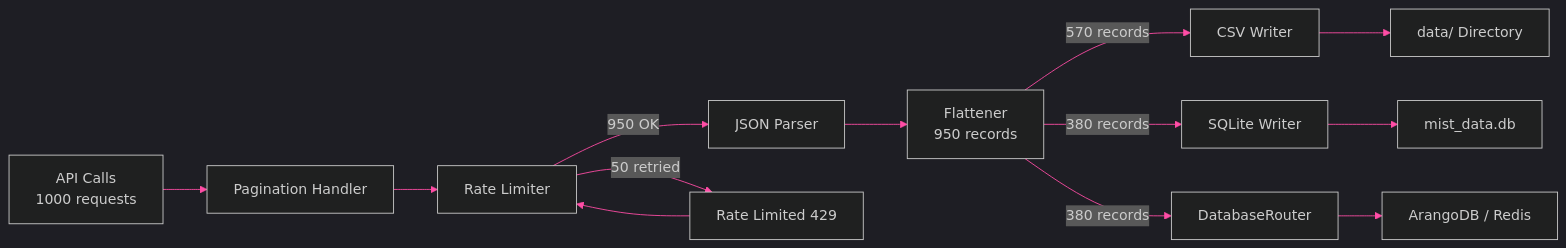
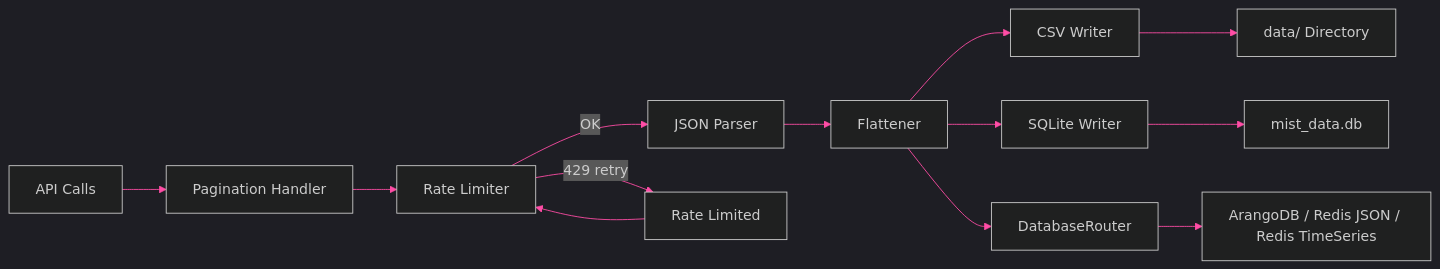
Before and after one commit to jmorrison-juniper/MistHelper: the fourth of 5 diagrams in documentation/diagrams/operations/metrics-and-analytics.md, drawn with Mermaid. The commit also changed other lines of this file and 110 other files, not shown here.

````diff
--- a/documentation/diagrams/operations/metrics-and-analytics.md
+++ b/documentation/diagrams/operations/metrics-and-analytics.md
@@ -118,24 +118,24 @@
 ```mermaid
 %%{init: {'theme': 'dark', 'themeVariables': {
   'primaryColor': '#E20074',
   'primaryTextColor': '#E0E0E0',
   'primaryBorderColor': '#99004D',
   'lineColor': '#FF4DA6',
   'secondaryColor': '#16213E',
   'tertiaryColor': '#1A1A2E',
   'fontFamily': 'ui-monospace, monospace'
 }}}%%
 flowchart LR
-    API["API Calls<br/>1000 requests"] --> PH["Pagination Handler"]
+    API["API Calls"] --> PH["Pagination Handler"]
     PH --> RL["Rate Limiter"]
-    RL -->|"950 OK"| JP["JSON Parser"]
-    RL -->|"50 retried"| R429["Rate Limited 429"]
+    RL -->|"OK"| JP["JSON Parser"]
+    RL -->|"429 retry"| R429["Rate Limited"]
     R429 --> RL
-    JP --> FL["Flattener<br/>950 records"]
-    FL -->|"570 records"| CSV["CSV Writer"]
-    FL -->|"380 records"| SQL["SQLite Writer"]
-    FL -->|"380 records"| POLY["DatabaseRouter"]
+    JP --> FL["Flattener"]
+    FL --> CSV["CSV Writer"]
+    FL --> SQL["SQLite Writer"]
+    FL --> POLY["DatabaseRouter"]
     CSV --> DIR["data/ Directory"]
     SQL --> DB["mist_data.db"]
-    POLY --> ARANGO["ArangoDB / Redis"]
+    POLY --> ARANGO["ArangoDB / Redis JSON / Redis TimeSeries"]
 ```
````
